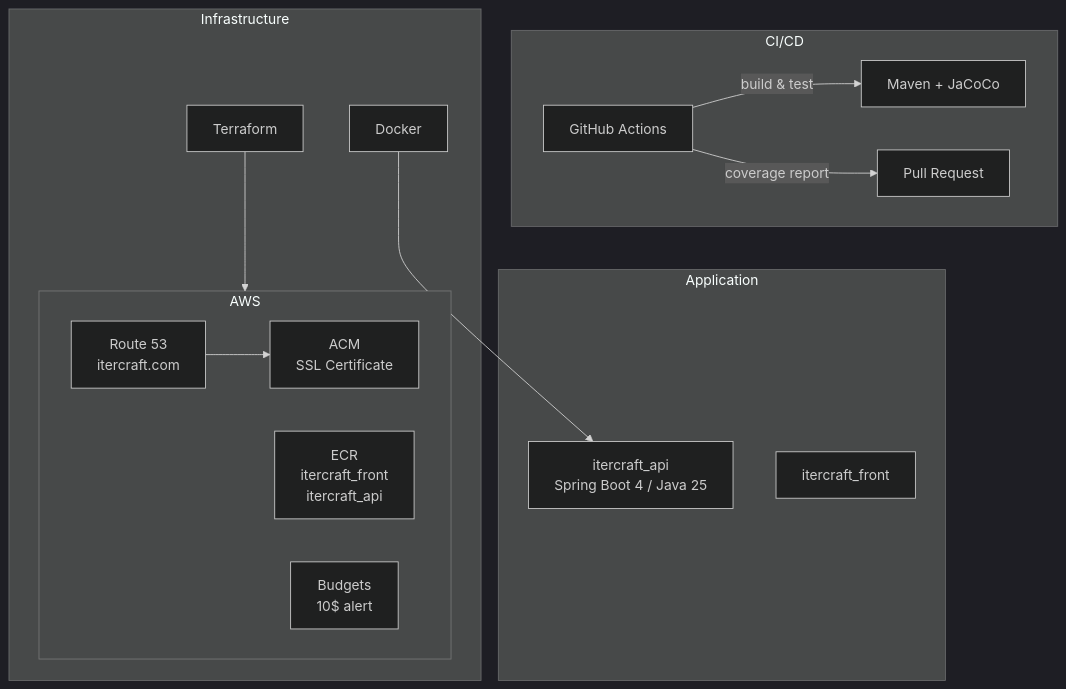
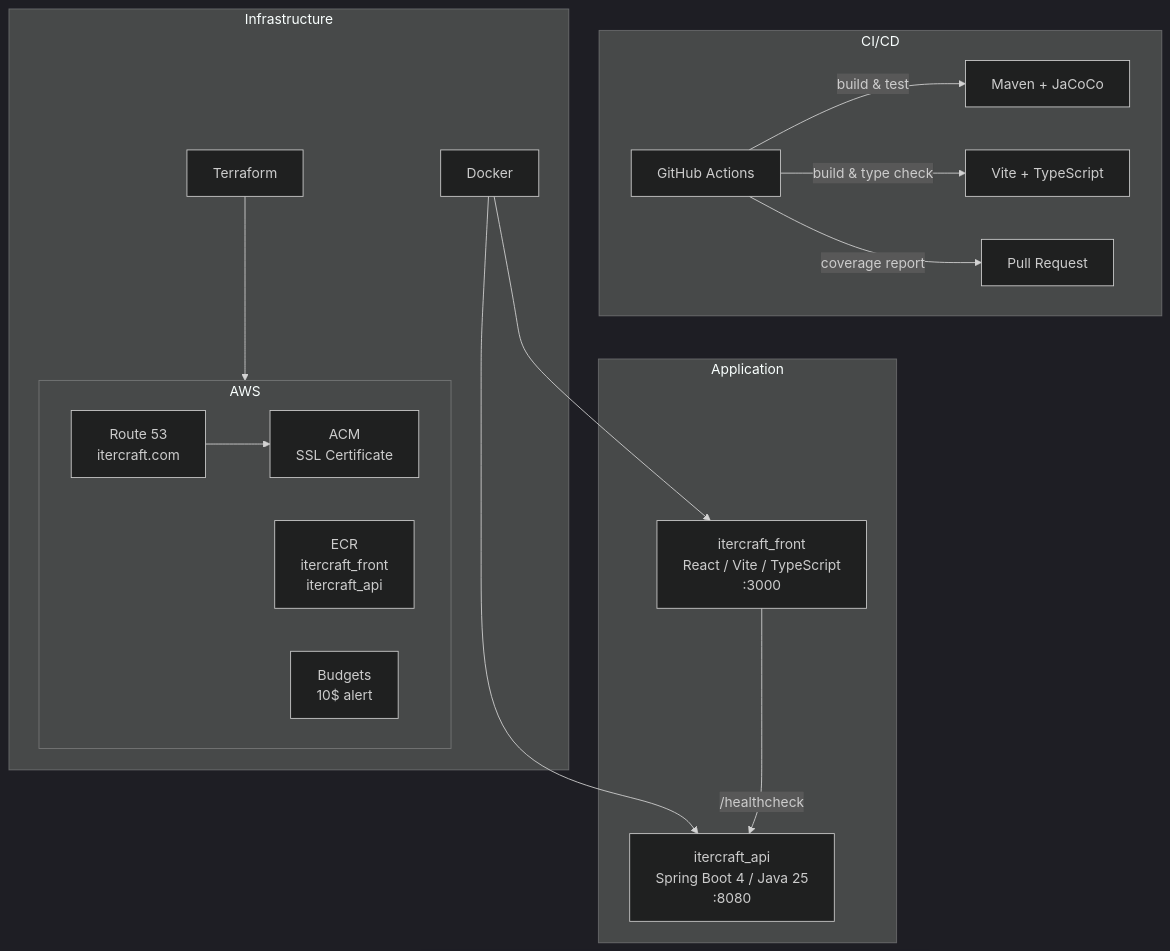
The diagram in README.md (neodatsu/itercraft), drawn with Mermaid (dark theme) before and after one commit. The commit also changed other lines of this file and 23 other files, not shown here.

Commit message:
initial commit itercraft_front

````diff
--- a/README.md
+++ b/README.md
@@ -9,28 +9,31 @@
 ```mermaid
 graph TB
     subgraph CI/CD
         GH[GitHub Actions]
         GH -->|build & test| MVN[Maven + JaCoCo]
+        GH -->|build & type check| VITE[Vite + TypeScript]
         GH -->|coverage report| PR[Pull Request]
     end
 
     subgraph AWS
         R53[Route 53<br/>itercraft.com]
         ACM[ACM<br/>SSL Certificate]
         ECR[ECR<br/>itercraft_front<br/>itercraft_api]
         BUD[Budgets<br/>10$ alert]
         R53 --> ACM
     end
 
     subgraph Application
-        API[itercraft_api<br/>Spring Boot 4 / Java 25]
-        FRONT[itercraft_front]
+        API[itercraft_api<br/>Spring Boot 4 / Java 25<br/>:8080]
+        FRONT[itercraft_front<br/>React / Vite / TypeScript<br/>:3000]
+        FRONT -->|/healthcheck| API
     end
 
     subgraph Infrastructure
         TF[Terraform]
         DOCKER[Docker]
         TF --> AWS
         DOCKER --> API
+        DOCKER --> FRONT
     end
 ```
````
